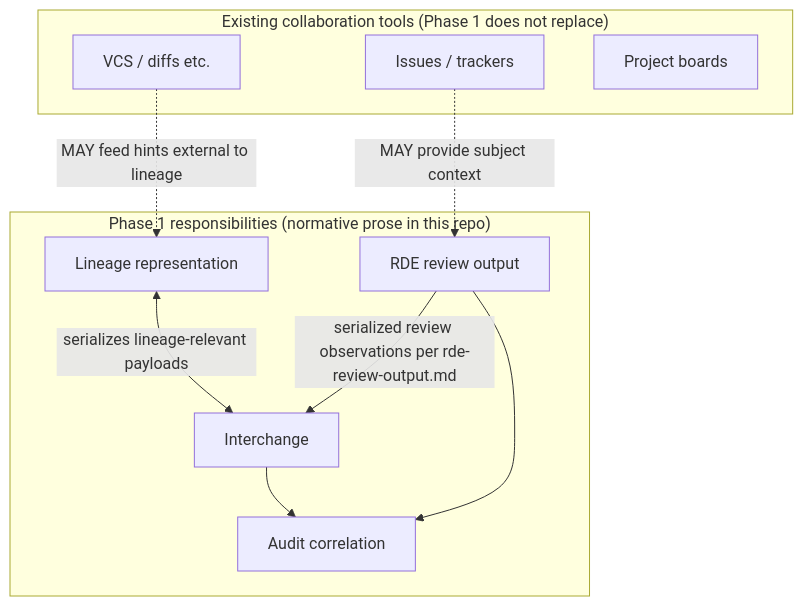
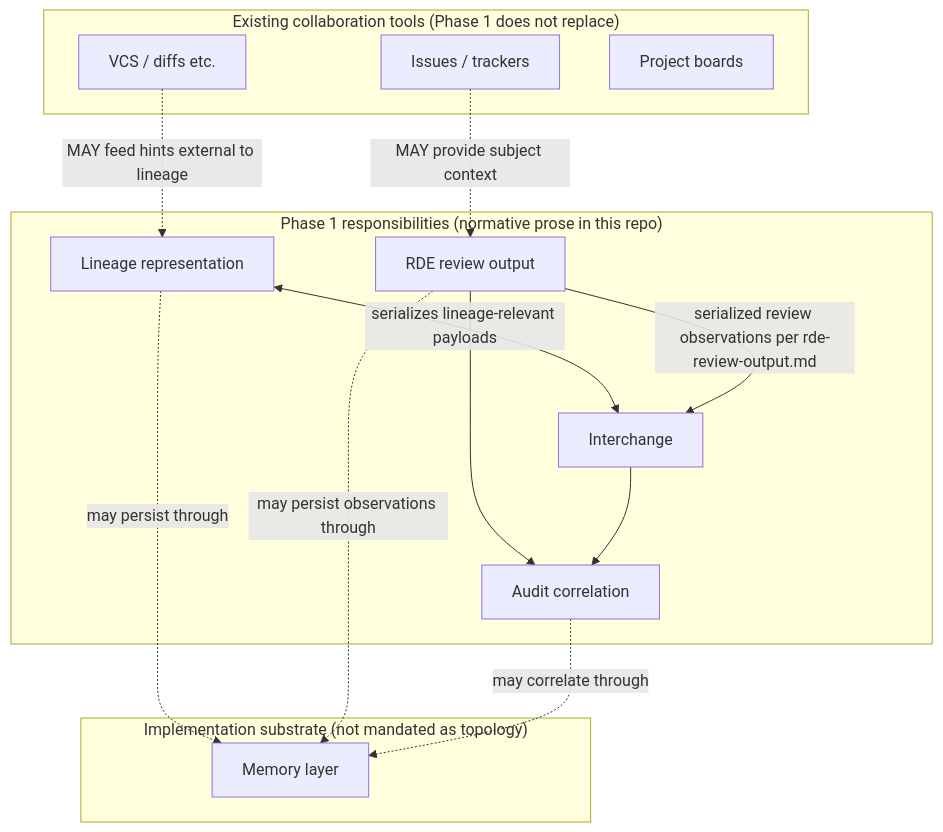
One commit to zyx-corporation/kotonoha-spec changed the first of 2 diagrams in docs/architecture.md. Above: the diagram before and after it, drawn with Mermaid. The commit also changed other lines of this file, not shown here.

Commit message:
docs: clarify memory layer positioning

````diff
--- a/docs/architecture.md
+++ b/docs/architecture.md
@@ -32,23 +33,31 @@
 ```mermaid
 flowchart TB
     subgraph ext["Existing collaboration tools (Phase 1 does not replace)"]
         VCS[VCS / diffs etc.]
         ISS[Issues / trackers]
         BRD[Project boards]
     end
 
     subgraph p1["Phase 1 responsibilities (normative prose in this repo)"]
         LR[Lineage representation]
         RDE[RDE review output]
         IX[Interchange]
         AUD[Audit correlation]
     end
 
+    subgraph impl["Implementation substrate (not mandated as topology)"]
+        MEM[Memory layer]
+    end
+
     VCS -. MAY feed hints external to lineage .-> LR
     ISS -. MAY provide subject context .-> RDE
+
+    LR -. may persist through .-> MEM
+    RDE -. may persist observations through .-> MEM
+    AUD -. may correlate through .-> MEM
 
     LR <-->|serializes lineage-relevant payloads| IX
     RDE -->|serialized review observations per rde-review-output.md| IX
     RDE --> AUD
     IX --> AUD
 ```
````
